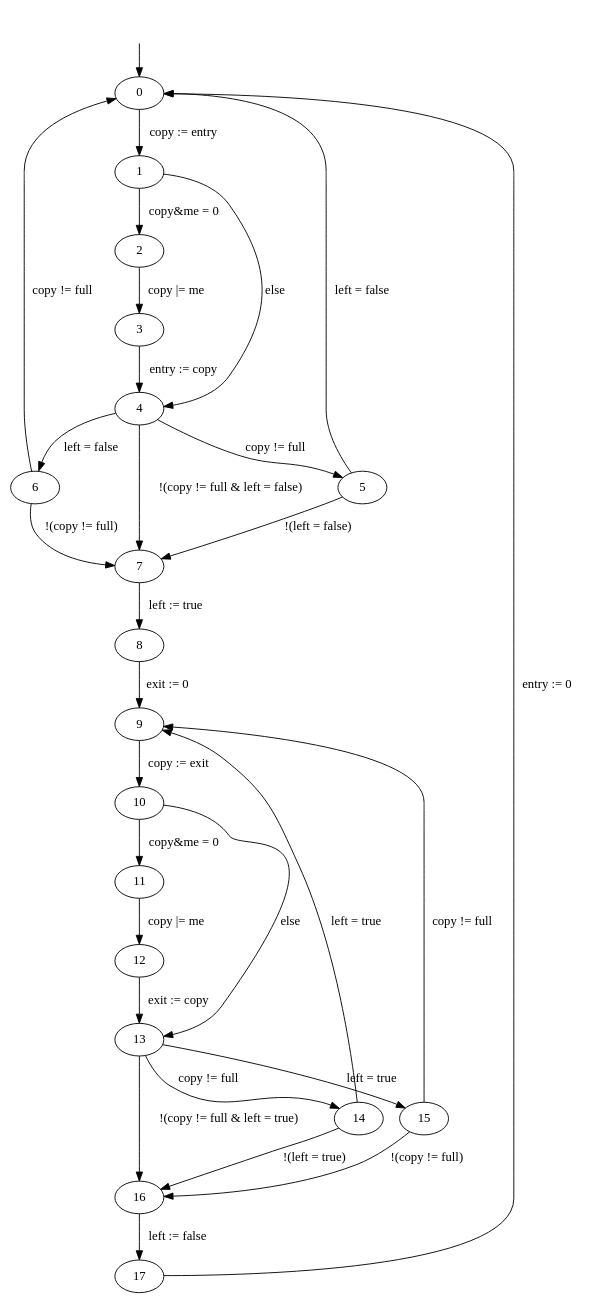
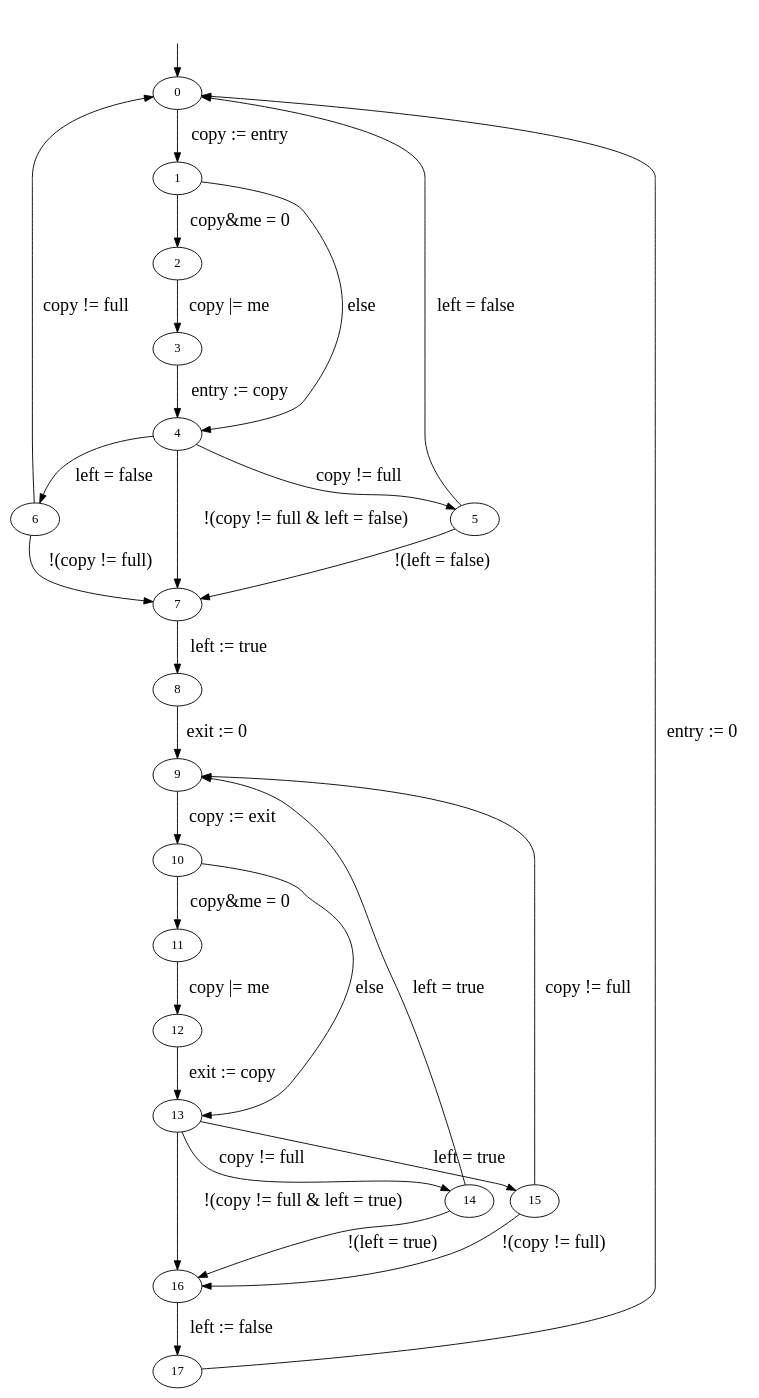
Before and after one commit to hydroo/minor-thesis-barriers: the diagram in report/images/mdp.dot, drawn with Graphviz. The commit also changed 1 other file, not shown here.

```diff
--- a/report/images/mdp.dot
+++ b/report/images/mdp.dot
@@ -1,40 +1,40 @@
 digraph {
 
 	initial_state_source [style=invis]
 	initial_state_source -> "0"
 
-	"0"  -> "1"  [weight=10, label="copy := entry"]
+	"0"  -> "1"  [fontsize=20, weight=10, label="copy := entry"]
 
-	"1"  -> "2"  [weight=10, label="copy&me = 0"]
-	"2"  -> "3"  [weight=10, label="copy |= me"]
-	"3"  -> "4"  [weight=10, label="entry := copy"]
-	"1"  -> "4"  [label="else"]
+	"1"  -> "2"  [fontsize=20, weight=10, label="copy&me = 0"]
+	"2"  -> "3"  [fontsize=20, weight=10, label="copy |= me"]
+	"3"  -> "4"  [fontsize=20, weight=10, label="entry := copy"]
+	"1"  -> "4"  [fontsize=20, label="else"]
 
-	"4"  -> "5"  [label="copy != full"]
-	"4"  -> "6"  [label="left = false"]
-	"4"  -> "7"  [weight=10, label="!(copy != full & left = false)"]
-	"5"  -> "0"  [label="left = false"]
-	"5"  -> "7"  [label="!(left = false)"]
-	"6"  -> "0"  [label="copy != full"]
-	"6"  -> "7"  [label="!(copy != full)"]
+	"4"  -> "5"  [fontsize=20, label="copy != full"]
+	"4"  -> "6"  [fontsize=20, label="left = false"]
+	"4"  -> "7"  [fontsize=20, weight=10, label="!(copy != full & left = false)"]
+	"5"  -> "0"  [fontsize=20, label="left = false"]
+	"5"  -> "7"  [fontsize=20, label="!(left = false)"]
+	"6"  -> "0"  [fontsize=20, label="copy != full"]
+	"6"  -> "7"  [fontsize=20, label="!(copy != full)"]
 
-	"7"  -> "8"  [weight=10, label="left := true"]
-	"8"  -> "9"  [weight=10, label="exit := 0"]
+	"7"  -> "8"  [fontsize=20, weight=10, label="left := true"]
+	"8"  -> "9"  [fontsize=20, weight=10, label="exit := 0"]
 
-	"9"  -> "10" [weight=10, label="copy := exit"]
-	"10" -> "11" [weight=10, label="copy&me = 0"]
-	"11" -> "12" [weight=10, label="copy |= me"]
-	"12" -> "13" [weight=10, label="exit := copy"]
-	"10" -> "13" [label="else"]
+	"9"  -> "10" [fontsize=20, weight=10, label="copy := exit"]
+	"10" -> "11" [fontsize=20, weight=10, label="copy&me = 0"]
+	"11" -> "12" [fontsize=20, weight=10, label="copy |= me"]
+	"12" -> "13" [fontsize=20, weight=10, label="exit := copy"]
+	"10" -> "13" [fontsize=20, label="else"]
 
-	"13" -> "14" [label="copy != full"]
-	"14" -> "9"  [label="left = true"]
-	"14" -> "16" [label="!(left = true)"]
-	"13" -> "16" [weight=10, label="!(copy != full & left = true)"]
-	"13" -> "15" [label="left = true"]
-	"15" -> "9"  [label="copy != full"]
-	"15" -> "16" [label="!(copy != full)"]
+	"13" -> "14" [fontsize=20, label="copy != full"]
+	"14" -> "9"  [fontsize=20, label="left = true"]
+	"14" -> "16" [fontsize=20, label="!(left = true)"]
+	"13" -> "16" [fontsize=20, weight=10, label="!(copy != full & left = true)"]
+	"13" -> "15" [fontsize=20, label="left = true"]
+	"15" -> "9"  [fontsize=20, label="copy != full"]
+	"15" -> "16" [fontsize=20, label="!(copy != full)"]
 
-	"16" -> "17" [weight=10, label="left := false"]
-	"17" -> "0"  [label="entry := 0"]
+	"16" -> "17" [fontsize=20, weight=10, label="left := false"]
+	"17" -> "0"  [fontsize=20, label="entry := 0"]
 }
```
